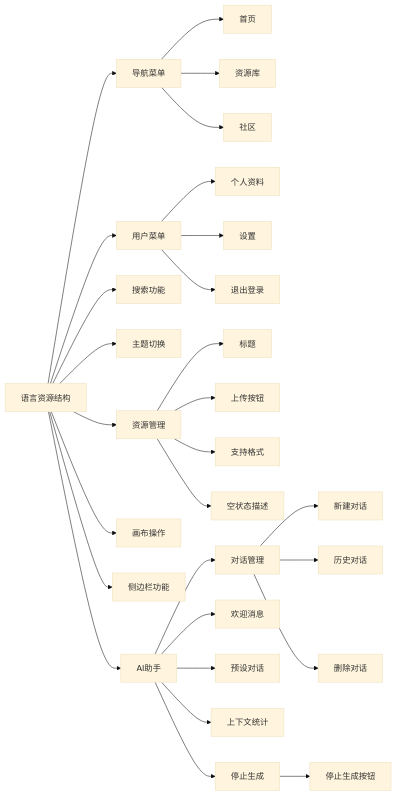
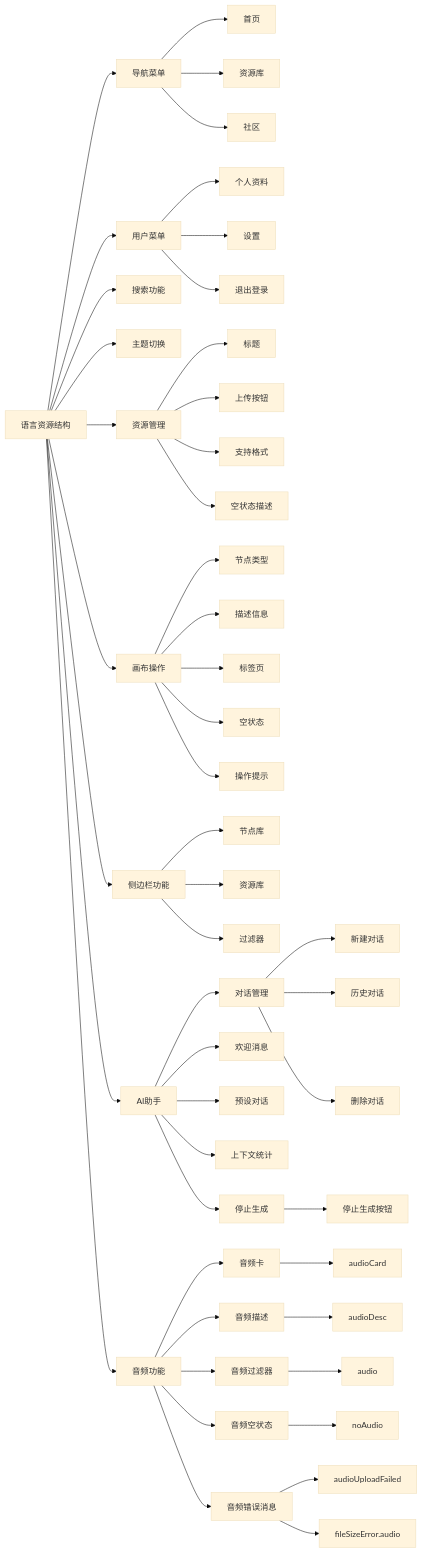
The sixth of 12 diagrams in .qoder/repowiki/zh/content/系统架构/前端架构/国际化系统/国际化系统.md (KunLabAI/KunFlix), drawn with Mermaid (base theme) before and after one commit. The commit also changed other lines of this file and 37 other files, not shown here.

````diff
--- a/.qoder/repowiki/zh/content/系统架构/前端架构/国际化系统/国际化系统.md
+++ b/.qoder/repowiki/zh/content/系统架构/前端架构/国际化系统/国际化系统.md
@@ -278,30 +284,50 @@
 ```mermaid
 graph LR
 A[语言资源结构] --> B[导航菜单]
 A --> C[用户菜单]
 A --> D[搜索功能]
 A --> E[主题切换]
 A --> F[资源管理]
 A --> G[画布操作]
 A --> H[侧边栏功能]
 A --> I[AI助手]
+A --> J[音频功能]
 B --> B1[首页]
 B --> B2[资源库]
 B --> B3[社区]
 C --> C1[个人资料]
 C --> C2[设置]
 C --> C3[退出登录]
 F --> F1[标题]
 F --> F2[上传按钮]
 F --> F3[支持格式]
 F --> F4[空状态描述]
+G --> G1[节点类型]
+G --> G2[描述信息]
+G --> G3[标签页]
+G --> G4[空状态]
+G --> G5[操作提示]
+H --> H1[节点库]
+H --> H2[资源库]
+H --> H3[过滤器]
 I --> I1[对话管理]
 I --> I2[欢迎消息]
 I --> I3[预设对话]
 I --> I4[上下文统计]
 I --> I5[停止生成]
+J --> J1[音频卡]
+J --> J2[音频描述]
+J --> J3[音频过滤器]
+J --> J4[音频空状态]
+J --> J5[音频错误消息]
 I1 --> I1a[新建对话]
 I1 --> I1b[历史对话]
 I1 --> I1c[删除对话]
 I5 --> I5a[停止生成按钮]
+J1 --> J1a[audioCard]
+J2 --> J2a[audioDesc]
+J3 --> J3a[audio]
+J4 --> J4a[noAudio]
+J5 --> J5a[audioUploadFailed]
+J5 --> J5b[fileSizeError.audio]
 ```
````
